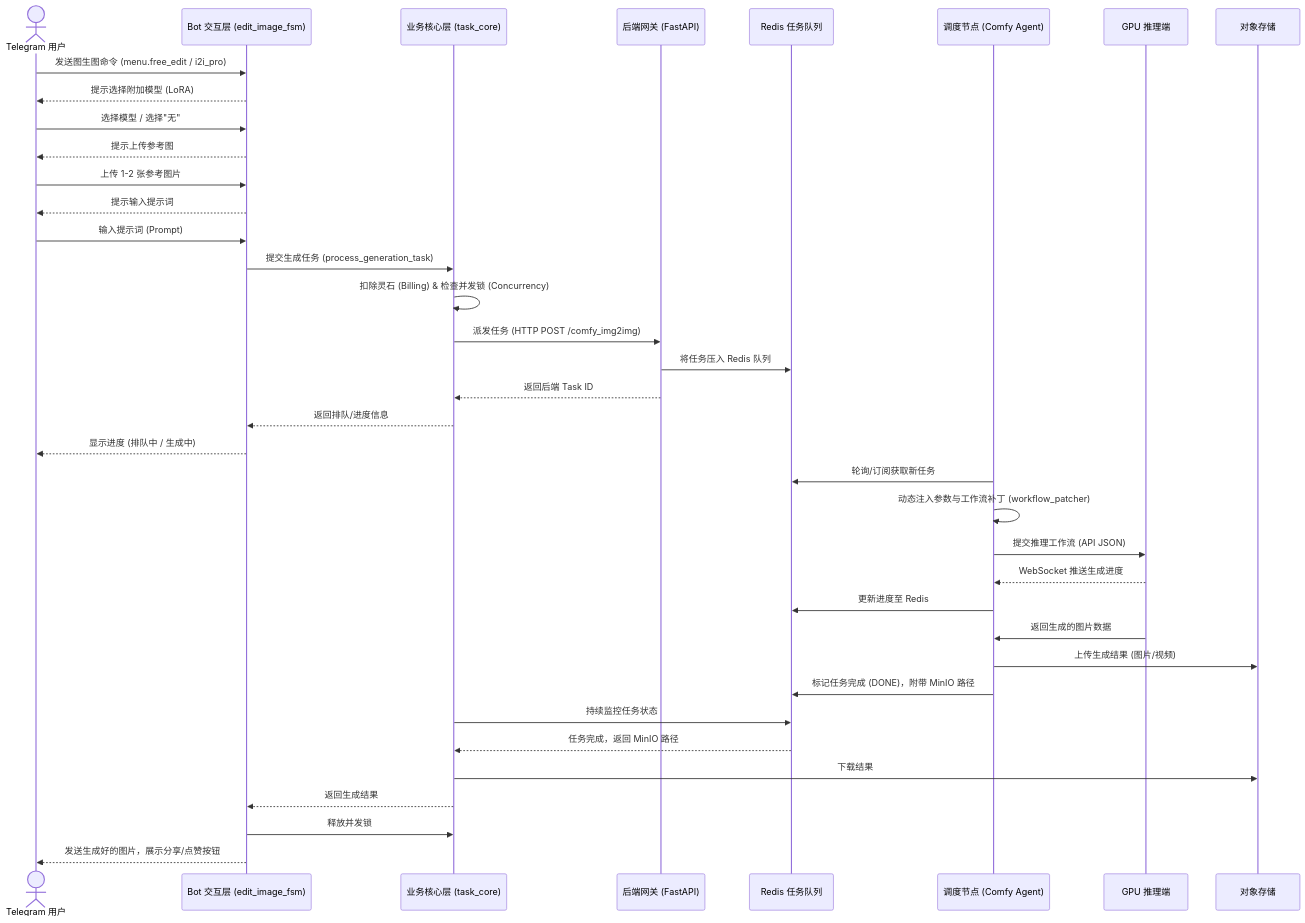
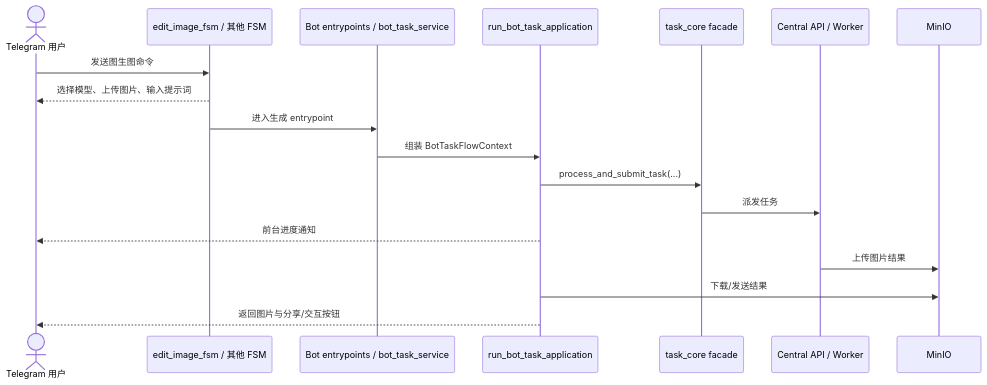
One commit to giraffu/All_bot changed the diagram in docs/business/image_to_image_flow.md. Above: the diagram before and after it, drawn with Mermaid. The commit also changed other lines of this file and 22 other files, not shown here.

````diff
--- a/docs/business/image_to_image_flow.md
+++ b/docs/business/image_to_image_flow.md
@@ -7,45 +7,21 @@
 ```mermaid
 sequenceDiagram
     actor User as Telegram 用户
-    participant FSM as Bot 交互层 (edit_image_fsm)
-    participant Core as 业务核心层 (task_core)
-    participant API as 后端网关 (FastAPI)
-    participant Queue as Redis 任务队列
-    participant Worker as 调度节点 (Comfy Agent)
-    participant ComfyUI as GPU 推理端
-    participant MinIO as 对象存储
+    participant FSM as edit_image_fsm / 其他 FSM
+    participant Entry as Bot entrypoints / bot_task_service
+    participant Flow as run_bot_task_application
+    participant Core as task_core facade
+    participant Backend as Central API / Worker
+    participant Store as MinIO
 
-    User->>FSM: 发送图生图命令 (menu.free_edit / i2i_pro)
-    FSM-->>User: 提示选择附加模型 (LoRA)
-    User->>FSM: 选择模型 / 选择"无"
-    FSM-->>User: 提示上传参考图
-    User->>FSM: 上传 1-2 张参考图片
-    FSM-->>User: 提示输入提示词
-    User->>FSM: 输入提示词 (Prompt)
-    
-    FSM->>Core: 提交生成任务 (process_generation_task)
-    Core->>Core: 扣除灵石 (Billing) & 检查并发锁 (Concurrency)
-    
-    Core->>API: 派发任务 (HTTP POST /comfy_img2img)
-    API->>Queue: 将任务压入 Redis 队列
-    API-->>Core: 返回后端 Task ID
-    Core-->>FSM: 返回排队/进度信息
-    FSM-->>User: 显示进度 (排队中 / 生成中)
-    
-    Worker->>Queue: 轮询/订阅获取新任务
-    Worker->>Worker: 动态注入参数与工作流补丁 (workflow_patcher)
-    Worker->>ComfyUI: 提交推理工作流 (API JSON)
-    ComfyUI-->>Worker: WebSocket 推送生成进度
-    Worker->>Queue: 更新进度至 Redis
-    
-    ComfyUI->>Worker: 返回生成的图片数据
-    Worker->>MinIO: 上传生成结果 (图片/视频)
-    Worker->>Queue: 标记任务完成 (DONE)，附带 MinIO 路径
-    
-    Core->>Queue: 持续监控任务状态
-    Queue-->>Core: 任务完成，返回 MinIO 路径
-    Core->>MinIO: 下载结果
-    Core-->>FSM: 返回生成结果
-    FSM->>Core: 释放并发锁
-    FSM-->>User: 发送生成好的图片，展示分享/点赞按钮
+    User->>FSM: 发送图生图命令
+    FSM-->>User: 选择模型、上传图片、输入提示词
+    FSM->>Entry: 进入生成 entrypoint
+    Entry->>Flow: 组装 BotTaskFlowContext
+    Flow->>Core: process_and_submit_task(...)
+    Core->>Backend: 派发任务
+    Flow-->>User: 前台进度通知
+    Backend->>Store: 上传图片结果
+    Flow->>Store: 下载/发送结果
+    Flow-->>User: 返回图片与分享/交互按钮
 ```
````
